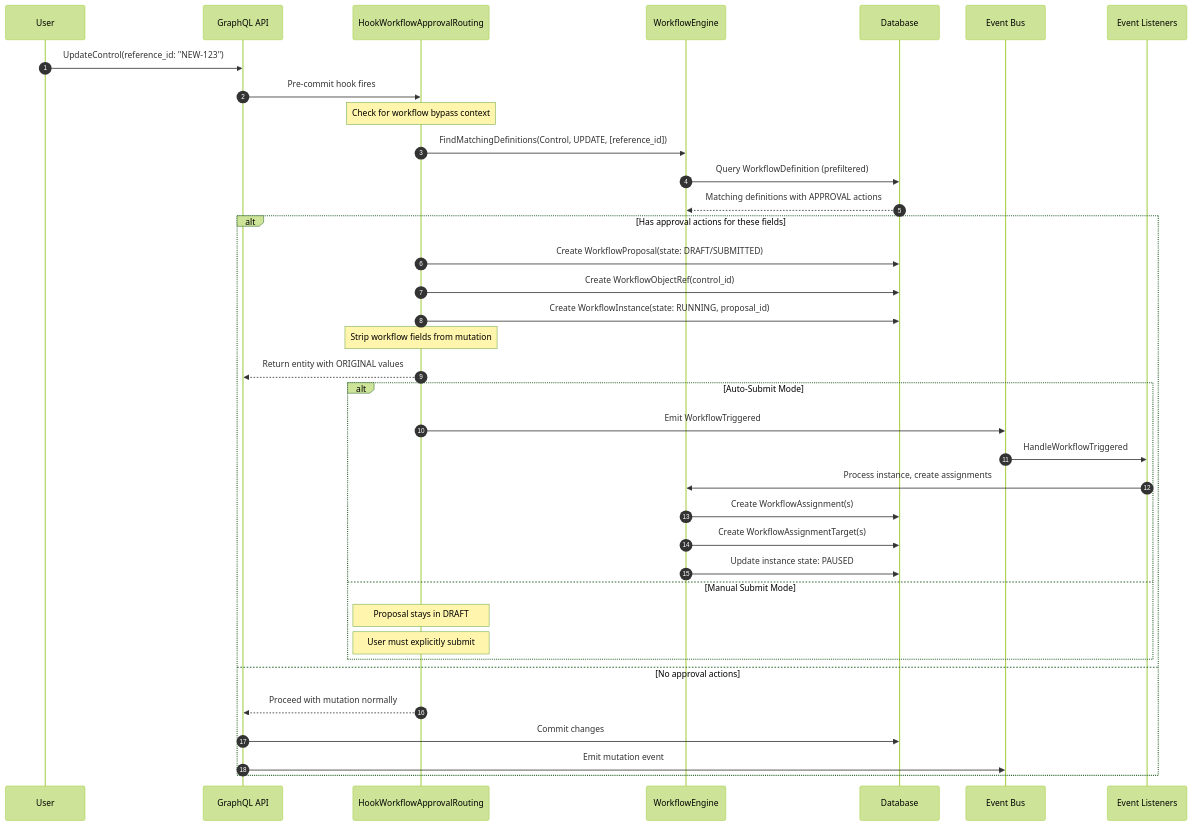
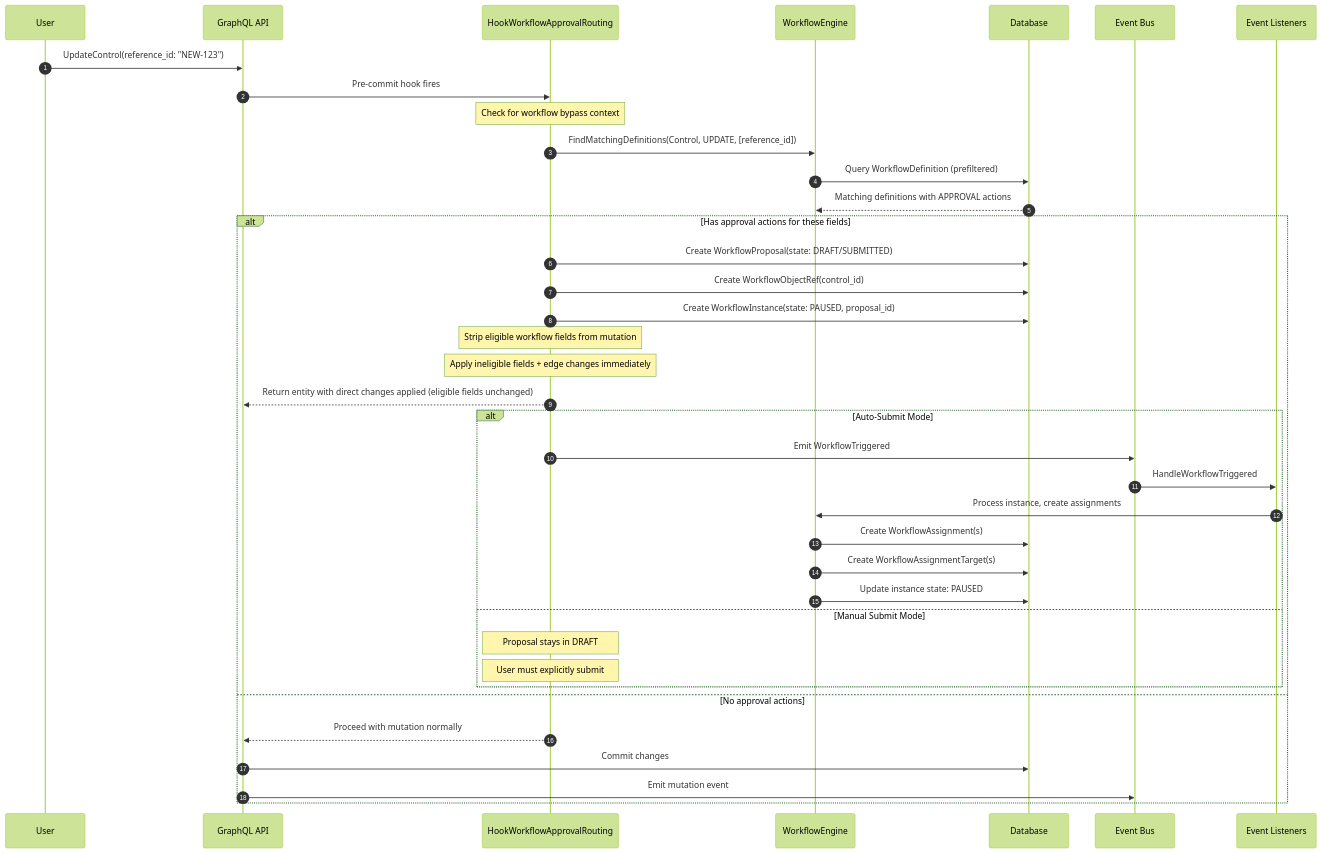
The first of 10 diagrams in internal/workflows/README.md (theopenlane/core), drawn with Mermaid (forest theme) before and after one commit. The commit also changed other lines of this file and 85 other files, not shown here.

First line of the commit message:
Workflow tx bug | Eligible field handling | Request Changes flows | Post-commit Flows (#1983)

````diff
--- a/internal/workflows/README.md
+++ b/internal/workflows/README.md
@@ -234,44 +250,45 @@
 ```mermaid
 sequenceDiagram
     autonumber
     participant User
     participant API as GraphQL API
     participant Hook as HookWorkflowApprovalRouting
     participant Engine as WorkflowEngine
     participant DB as Database
     participant Bus as Event Bus
     participant Listener as Event Listeners
 
     User->>API: UpdateControl(reference_id: "NEW-123")
     API->>Hook: Pre-commit hook fires
 
     Note over Hook: Check for workflow bypass context
     Hook->>Engine: FindMatchingDefinitions(Control, UPDATE, [reference_id])
     Engine->>DB: Query WorkflowDefinition (prefiltered)
     DB-->>Engine: Matching definitions with APPROVAL actions
 
     alt Has approval actions for these fields
         Hook->>DB: Create WorkflowProposal(state: DRAFT/SUBMITTED)
         Hook->>DB: Create WorkflowObjectRef(control_id)
-        Hook->>DB: Create WorkflowInstance(state: RUNNING, proposal_id)
+        Hook->>DB: Create WorkflowInstance(state: PAUSED, proposal_id)
 
-        Note over Hook: Strip workflow fields from mutation
-        Hook-->>API: Return entity with ORIGINAL values
+        Note over Hook: Strip eligible workflow fields from mutation
+        Note over Hook: Apply ineligible fields + edge changes immediately
+        Hook-->>API: Return entity with direct changes applied (eligible fields unchanged)
 
         alt Auto-Submit Mode
             Hook->>Bus: Emit WorkflowTriggered
             Bus->>Listener: HandleWorkflowTriggered
             Listener->>Engine: Process instance, create assignments
             Engine->>DB: Create WorkflowAssignment(s)
             Engine->>DB: Create WorkflowAssignmentTarget(s)
             Engine->>DB: Update instance state: PAUSED
         else Manual Submit Mode
             Note over Hook: Proposal stays in DRAFT
             Note over Hook: User must explicitly submit
         end
     else No approval actions
         Hook-->>API: Proceed with mutation normally
         API->>DB: Commit changes
         API->>Bus: Emit mutation event
     end
 ```
````
